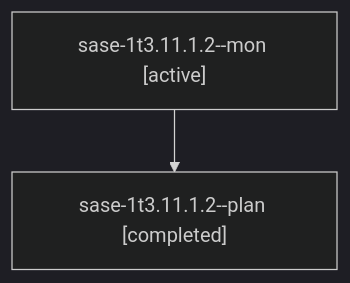
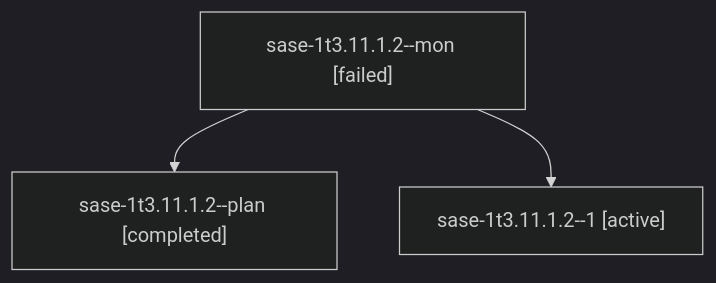
The diagram in sessions/bbugyi200.athena.sase-1t3.11.1.2.md (sase-org/sase--agents), drawn with Mermaid (dark theme) before and after one commit. The commit also changed other lines of this file and 155 other files, not shown here.

````diff
--- a/sessions/bbugyi200.athena.sase-1t3.11.1.2.md
+++ b/sessions/bbugyi200.athena.sase-1t3.11.1.2.md
@@ -9,6 +9,8 @@
 ```mermaid
 flowchart TD
-  n0["sase-1t3.11.1.2--mon [active]"]
+  n0["sase-1t3.11.1.2--mon [failed]"]
   n1["sase-1t3.11.1.2--plan [completed]"]
   n0 --> n1
+  n2["sase-1t3.11.1.2--1 [active]"]
+  n0 --> n2
 ```
````
